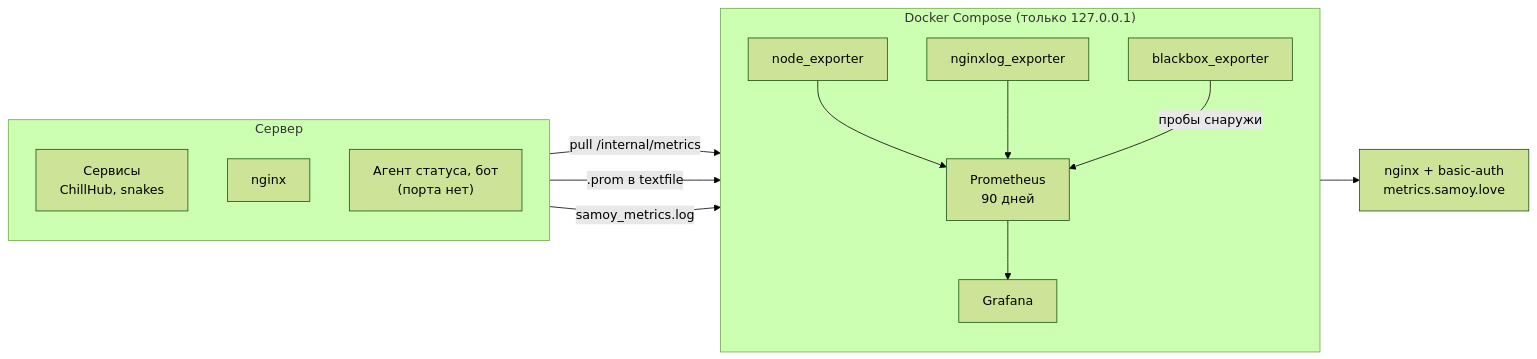
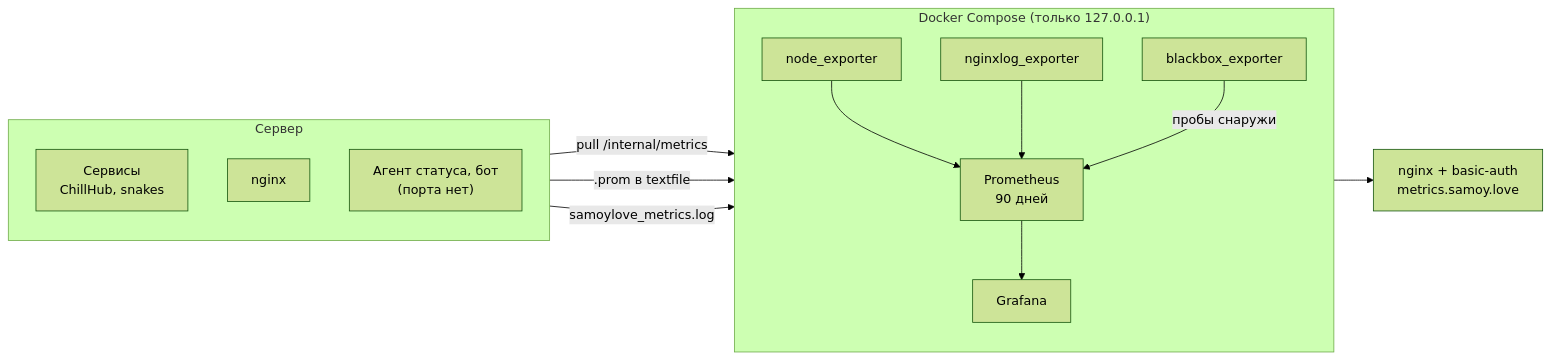
The diagram in README.md (samoy-love/metrics.samoy.love), drawn with Mermaid (forest theme) before and after one commit. The commit also changed other lines of this file and 13 other files, not shown here.

First line of the commit message:
Свести все идентификаторы к домену: samoy.love или samoylove

````diff
--- a/README.md
+++ b/README.md
@@ -40,27 +40,27 @@
 ```mermaid
 flowchart LR
     subgraph host["Сервер"]
         direction TB
         svc["Сервисы<br/>ChillHub, snakes"]
         nginx["nginx"]
         timer["Агент статуса, бот<br/>(порта нет)"]
     end
 
     subgraph compose["Docker Compose (только 127.0.0.1)"]
         direction TB
         node["node_exporter"]
         nglog["nginxlog_exporter"]
         bb["blackbox_exporter"]
         prom["Prometheus<br/>90 дней"]
         graf["Grafana"]
     end
 
     svc -->|"pull /internal/metrics"| prom
     timer -->|".prom в textfile"| node
-    nginx -->|"samoy_metrics.log"| nglog
+    nginx -->|"samoylove_metrics.log"| nglog
     node --> prom
     nglog --> prom
     bb -->|"пробы снаружи"| prom
     prom --> graf
     graf --> gate["nginx + basic-auth<br/>metrics.samoy.love"]
 ```
````
